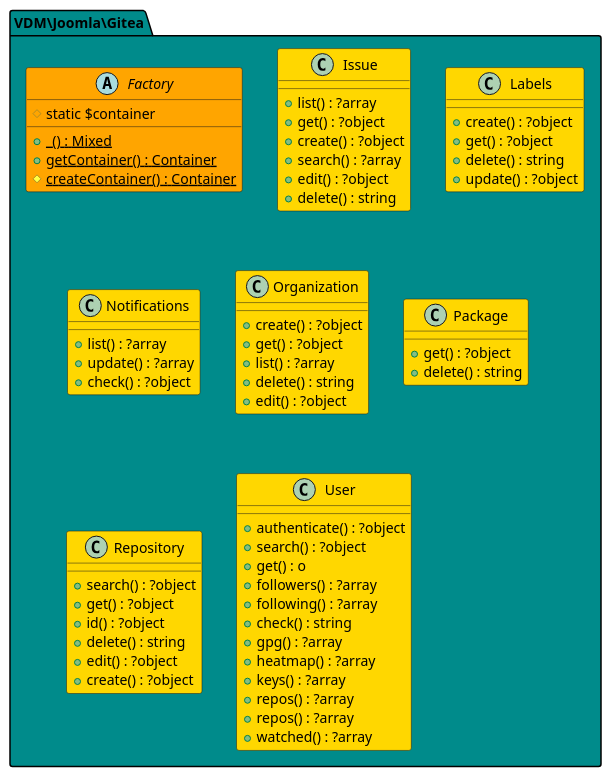
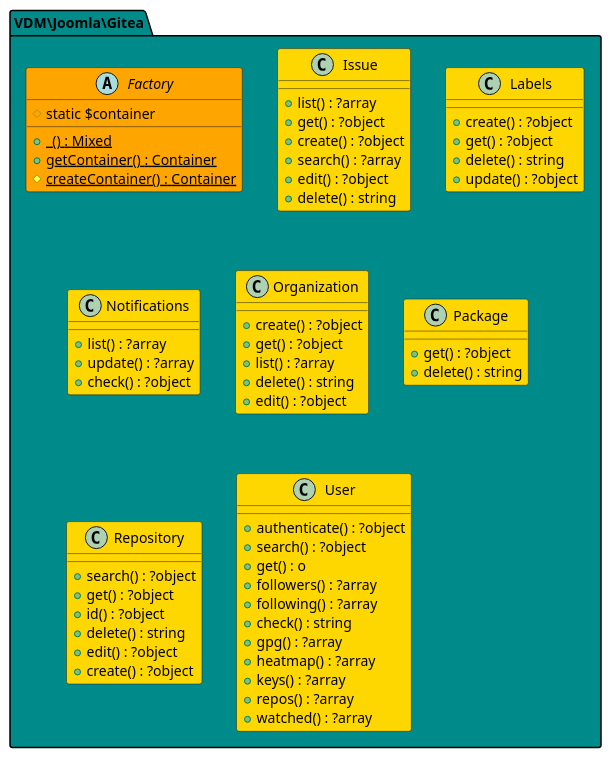
The first of 20 diagrams in README.md (joomengine/gitea), drawn with PlantUML before and after one commit. The commit also changed 3 other files, not shown here.

````diff
--- a/README.md
+++ b/README.md
@@ -185,76 +185,75 @@
 ```uml
 @startuml
 
 namespace VDM\Joomla\Gitea #DarkCyan {
 
 
   abstract Factory  #Orange {
     # static $container
     + {static} _() : Mixed
     + {static} getContainer() : Container
     # {static} createContainer() : Container
   }
 
   class Issue  #Gold {
     + list() : ?array
     + get() : ?object
     + create() : ?object
     + search() : ?array
     + edit() : ?object
     + delete() : string
   }
 
   class Labels  #Gold {
     + create() : ?object
     + get() : ?object
     + delete() : string
     + update() : ?object
   }
 
   class Notifications  #Gold {
     + list() : ?array
     + update() : ?array
     + check() : ?object
   }
 
   class Organization  #Gold {
     + create() : ?object
     + get() : ?object
     + list() : ?array
     + delete() : string
     + edit() : ?object
   }
 
   class Package  #Gold {
     + get() : ?object
     + delete() : string
   }
 
   class Repository  #Gold {
     + search() : ?object
     + get() : ?object
     + id() : ?object
     + delete() : string
     + edit() : ?object
     + create() : ?object
   }
 
   class User  #Gold {
     + authenticate() : ?object
     + search() : ?object
     + get() : o
     + followers() : ?array
     + following() : ?array
     + check() : string
     + gpg() : ?array
     + heatmap() : ?array
     + keys() : ?array
     + repos() : ?array
-    + repos() : ?array
     + watched() : ?array
   }
 }
 
 
 @enduml
 ```
````
